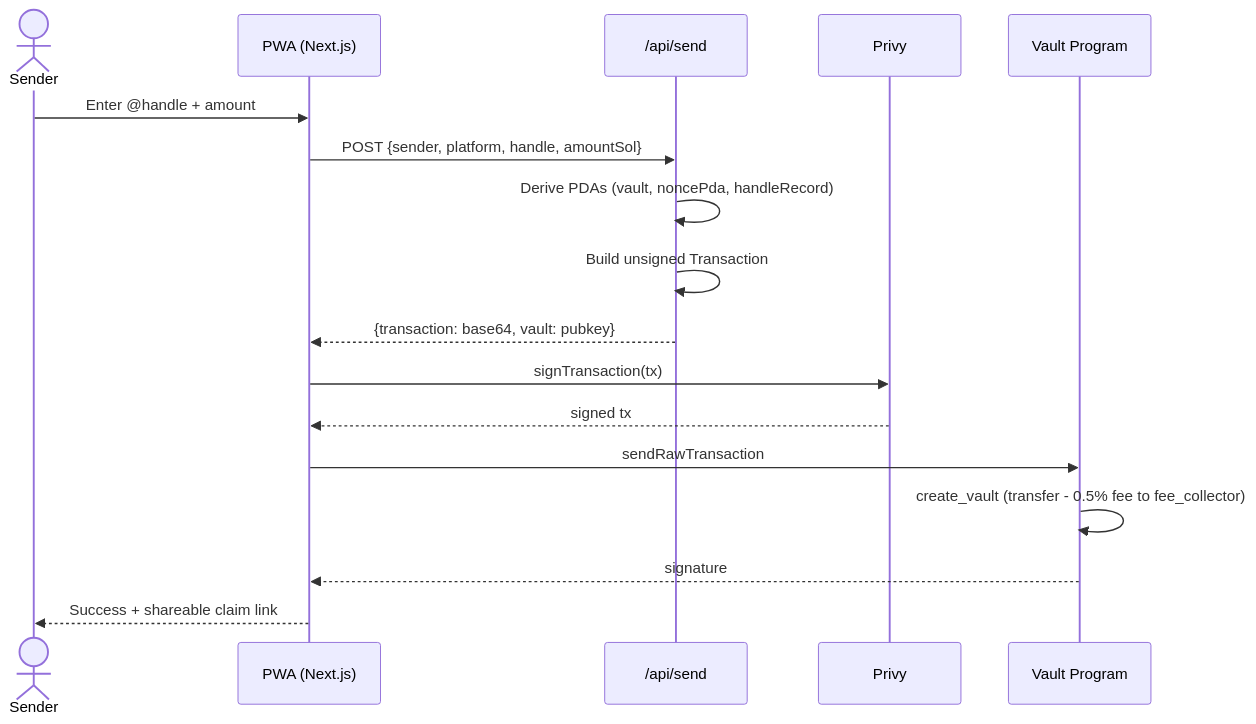
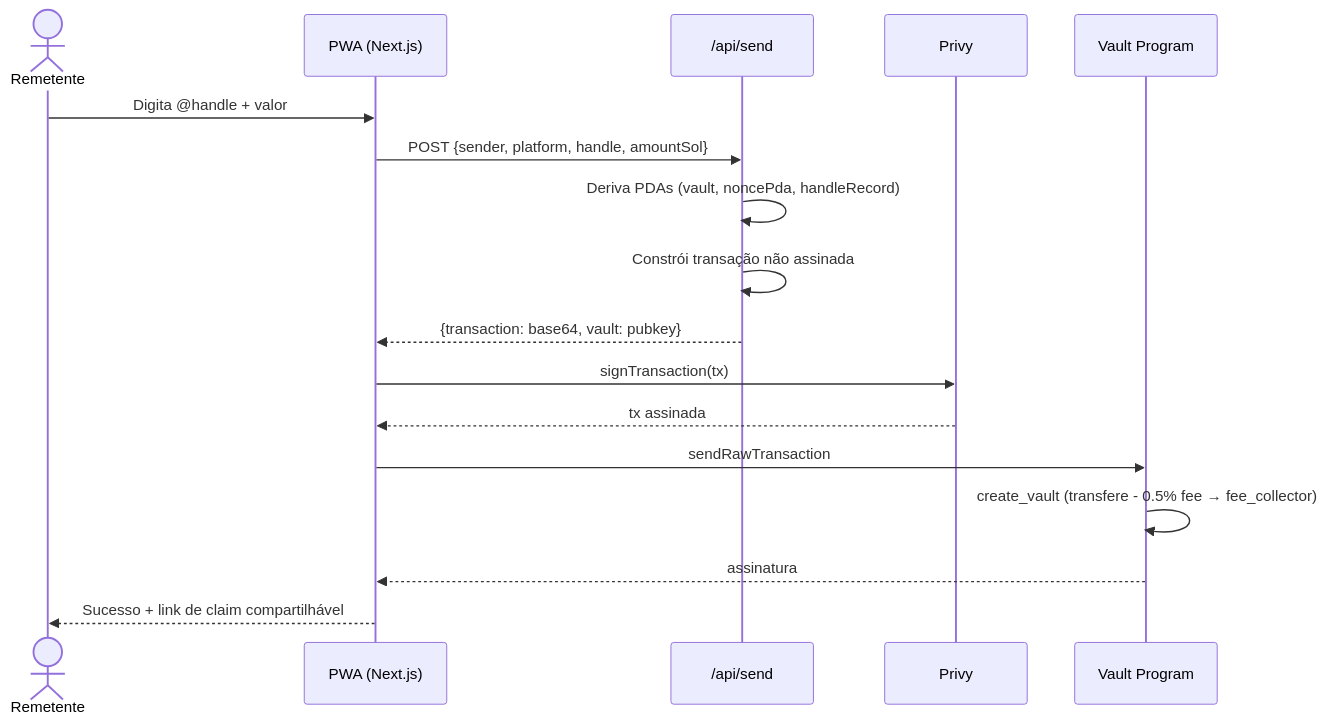
The second of 3 diagrams in README.md (Lucasalb11/pay-on-handle), drawn with Mermaid before and after one commit. The commit also changed other lines of this file and 45 other files, not shown here.

````diff
--- a/README.md
+++ b/README.md
@@ -77,20 +77,20 @@
 ```mermaid
 sequenceDiagram
-    actor Sender
+    actor Remetente
     participant App as PWA (Next.js)
     participant API as /api/send
     participant Privy
     participant Vault as Vault Program
 
-    Sender->>App: Enter @handle + amount
+    Remetente->>App: Digita @handle + valor
     App->>API: POST {sender, platform, handle, amountSol}
-    API->>API: Derive PDAs (vault, noncePda, handleRecord)
-    API->>API: Build unsigned Transaction
+    API->>API: Deriva PDAs (vault, noncePda, handleRecord)
+    API->>API: Constrói transação não assinada
     API-->>App: {transaction: base64, vault: pubkey}
     App->>Privy: signTransaction(tx)
-    Privy-->>App: signed tx
+    Privy-->>App: tx assinada
     App->>Vault: sendRawTransaction
-    Vault->>Vault: create_vault (transfer - 0.5% fee to fee_collector)
-    Vault-->>App: signature
-    App-->>Sender: Success + shareable claim link
+    Vault->>Vault: create_vault (transfere - 0.5% fee → fee_collector)
+    Vault-->>App: assinatura
+    App-->>Remetente: Sucesso + link de claim compartilhável
 ```
````
